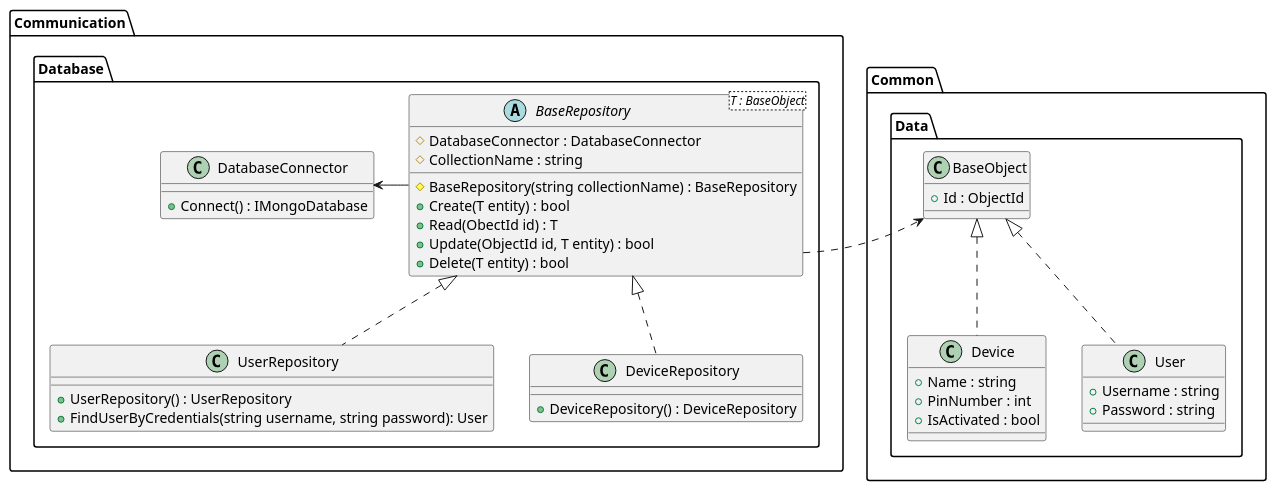
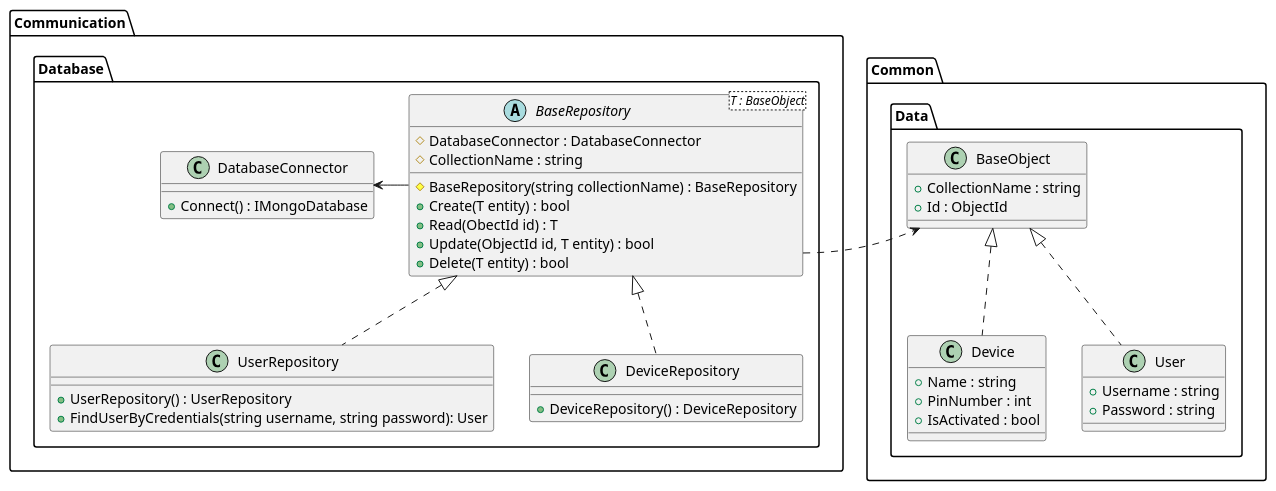
One commit to Team-Taucher/Smarthome changed the diagram in docs/diagrams/RepositoryClassDiagram.wsd. Above: the diagram before and after it, drawn with PlantUML. The commit also changed 1 other file, not shown here.

Commit message:
CHANGE: Edited Repository-class diagram

```diff
--- a/docs/diagrams/RepositoryClassDiagram.wsd
+++ b/docs/diagrams/RepositoryClassDiagram.wsd
@@ -1,55 +1,56 @@
 @startuml RepositoryClassDiagram
 
 package Communication.Database {
     abstract BaseRepository<T : BaseObject> {
         # DatabaseConnector : DatabaseConnector
         # CollectionName : string
 
         # BaseRepository(string collectionName) : BaseRepository
         + Create(T entity) : bool
         + Read(ObectId id) : T
         + Update(ObjectId id, T entity) : bool
         + Delete(T entity) : bool
     }
 
     class UserRepository {
         + UserRepository() : UserRepository
         + FindUserByCredentials(string username, string password): User
     }
 
     class DeviceRepository {
         + DeviceRepository() : DeviceRepository
     }
 
     class DatabaseConnector {
         + Connect() : IMongoDatabase
     }
 
     UserRepository .up.|> BaseRepository
     DeviceRepository .up.|> BaseRepository
     BaseRepository -left-> DatabaseConnector
 }
 
 package Common.Data {
     class BaseObject {
+        + CollectionName : string
         + Id : ObjectId
     }
 
     class Device {
         + Name : string
         + PinNumber : int
         + IsActivated : bool
     }
 
     class User {
         + Username : string
         + Password : string
     }
 
     User .up.|> BaseObject
     Device .up.|> BaseObject
 }
 
 BaseRepository .right.> BaseObject
 
 @enduml
```
